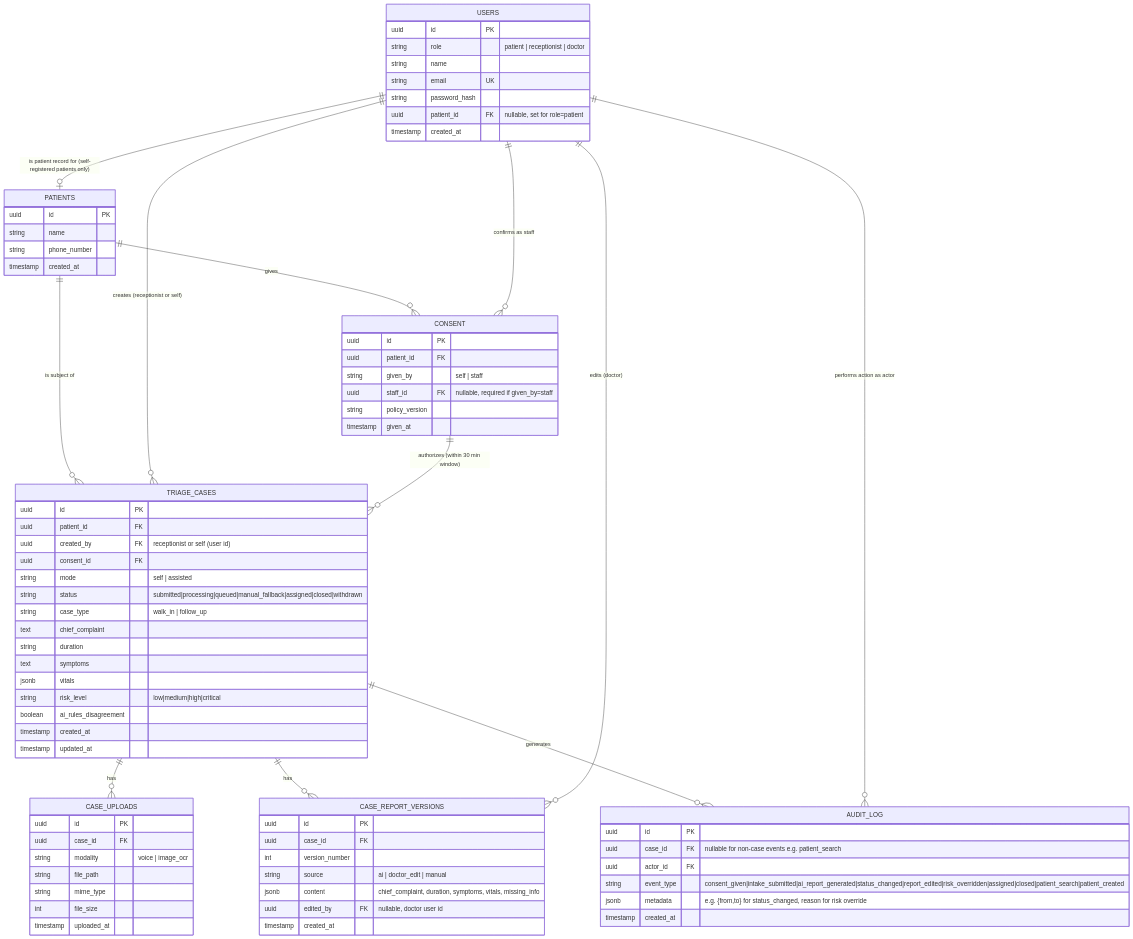
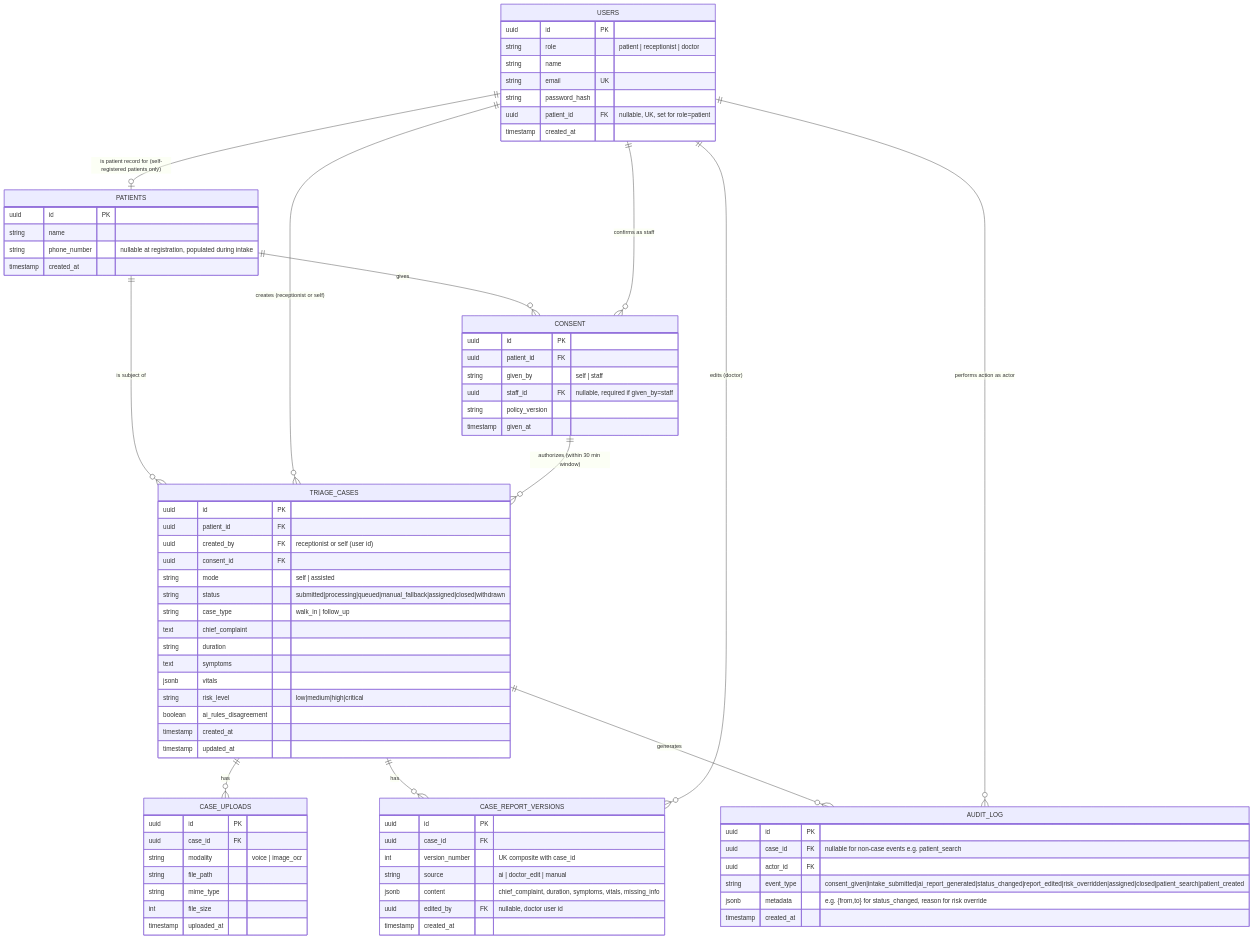
One commit to Xandev-4/hospital-triage changed the diagram in docs/triage-erd.mermaid. Above: the diagram before and after it, drawn with Mermaid. The commit also changed 27 other files, not shown here.

Commit message:
feat: setup drizzle orm, schema with enums/indexes, migrations, and prettier

```diff
--- a/docs/triage-erd.mermaid
+++ b/docs/triage-erd.mermaid
@@ -1,85 +1,85 @@
 erDiagram
     USERS {
         uuid id PK
         string role "patient | receptionist | doctor"
         string name
         string email UK
         string password_hash
-        uuid patient_id FK "nullable, set for role=patient"
+        uuid patient_id FK "nullable, UK, set for role=patient"
         timestamp created_at
     }
 
     PATIENTS {
         uuid id PK
         string name
-        string phone_number
+        string phone_number "nullable at registration, populated during intake"
         timestamp created_at
     }
 
     CONSENT {
         uuid id PK
         uuid patient_id FK
         string given_by "self | staff"
         uuid staff_id FK "nullable, required if given_by=staff"
         string policy_version
         timestamp given_at
     }
 
     TRIAGE_CASES {
         uuid id PK
         uuid patient_id FK
         uuid created_by FK "receptionist or self (user id)"
         uuid consent_id FK
         string mode "self | assisted"
         string status "submitted|processing|queued|manual_fallback|assigned|closed|withdrawn"
         string case_type "walk_in | follow_up"
         text chief_complaint
         string duration
         text symptoms
         jsonb vitals
         string risk_level "low|medium|high|critical"
         boolean ai_rules_disagreement
         timestamp created_at
         timestamp updated_at
     }
 
     CASE_UPLOADS {
         uuid id PK
         uuid case_id FK
         string modality "voice | image_ocr"
         string file_path
         string mime_type
         int file_size
         timestamp uploaded_at
     }
 
     CASE_REPORT_VERSIONS {
         uuid id PK
         uuid case_id FK
-        int version_number
+        int version_number "UK composite with case_id"
         string source "ai | doctor_edit | manual"
         jsonb content "chief_complaint, duration, symptoms, vitals, missing_info"
         uuid edited_by FK "nullable, doctor user id"
         timestamp created_at
     }
 
     AUDIT_LOG {
         uuid id PK
         uuid case_id FK "nullable for non-case events e.g. patient_search"
         uuid actor_id FK
         string event_type "consent_given|intake_submitted|ai_report_generated|status_changed|report_edited|risk_overridden|assigned|closed|patient_search|patient_created"
         jsonb metadata "e.g. {from,to} for status_changed, reason for risk override"
         timestamp created_at
     }
 
     USERS ||--o| PATIENTS : "is patient record for (self-registered patients only)"
     PATIENTS ||--o{ CONSENT : gives
     USERS ||--o{ CONSENT : "confirms as staff"
     PATIENTS ||--o{ TRIAGE_CASES : "is subject of"
     USERS ||--o{ TRIAGE_CASES : "creates (receptionist or self)"
     CONSENT ||--o{ TRIAGE_CASES : "authorizes (within 30 min window)"
     TRIAGE_CASES ||--o{ CASE_UPLOADS : has
     TRIAGE_CASES ||--o{ CASE_REPORT_VERSIONS : has
     USERS ||--o{ CASE_REPORT_VERSIONS : "edits (doctor)"
     TRIAGE_CASES ||--o{ AUDIT_LOG : generates
     USERS ||--o{ AUDIT_LOG : "performs action as actor"
```
